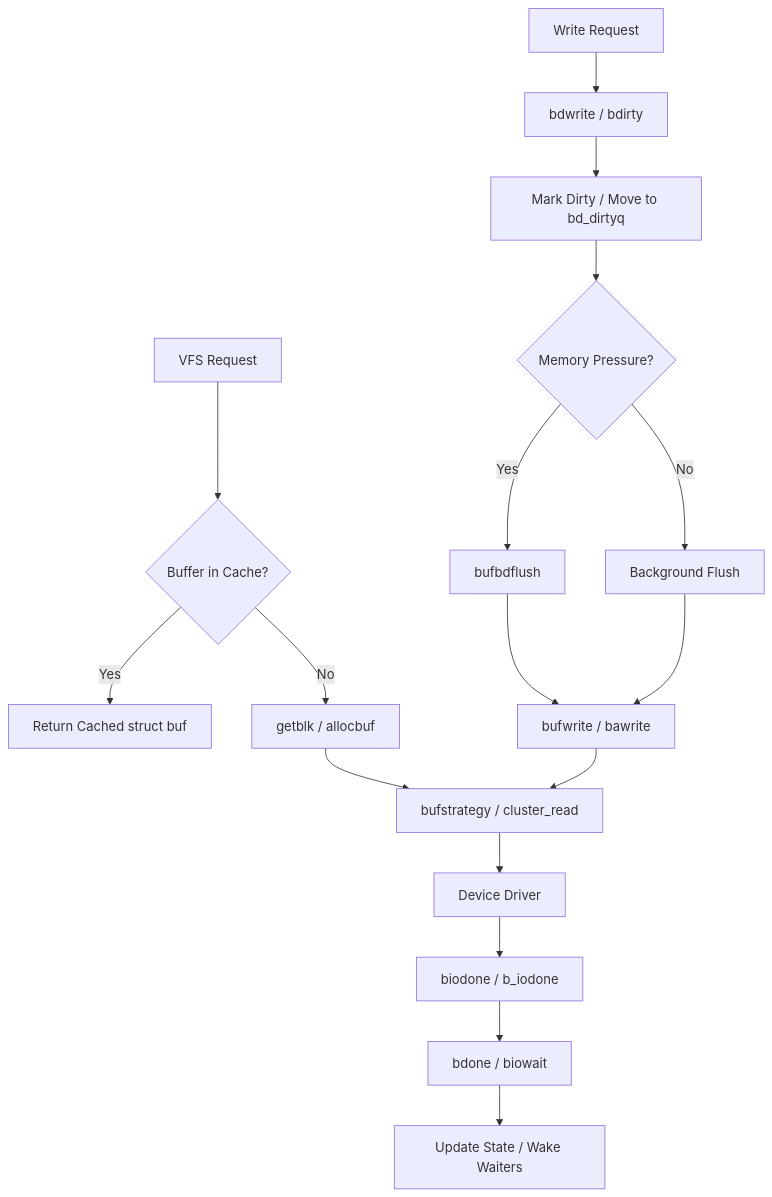
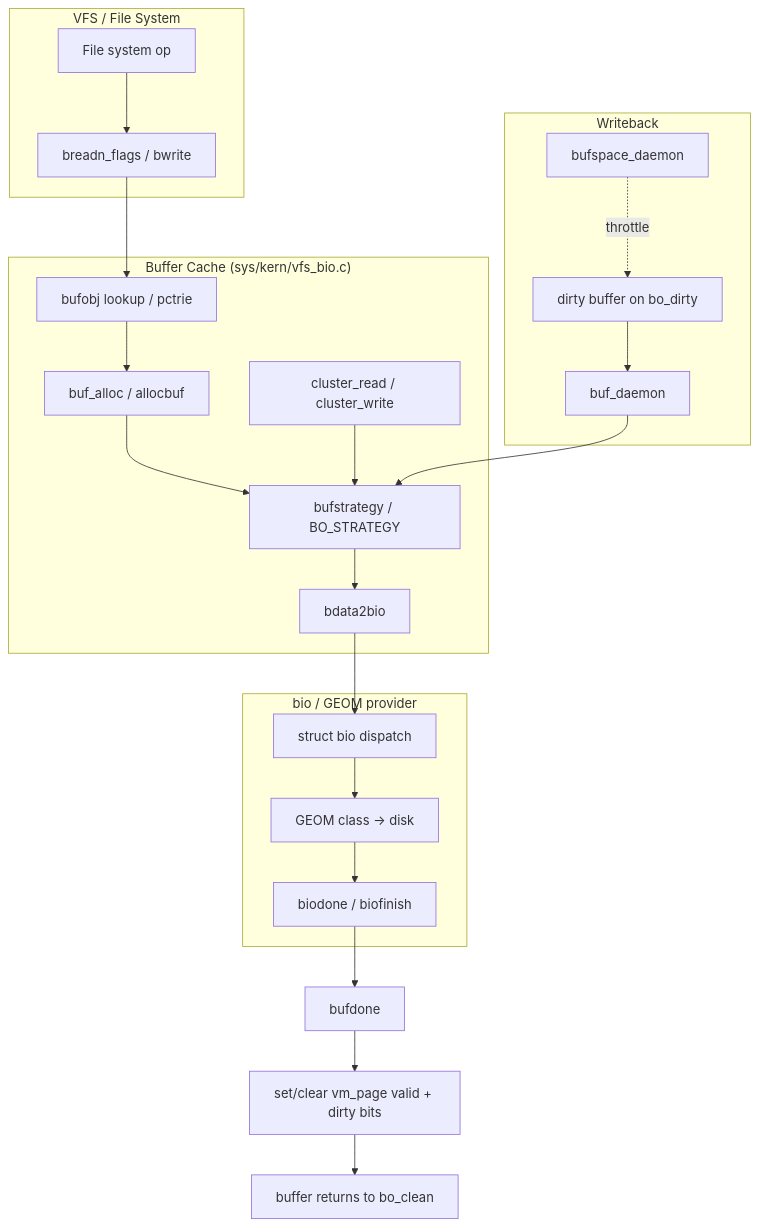
The diagram in sys/vm/README_bcache.md (ocochard/freebsd-src), drawn with Mermaid before and after one commit. The commit also changed other lines of this file and 40 other files, not shown here.

````diff
--- a/sys/vm/README_bcache.md
+++ b/sys/vm/README_bcache.md
@@ -105,20 +263,26 @@
 ```mermaid
 flowchart TD
-    A[VFS Request] --> B{Buffer in Cache?}
-    B -->|Yes| C[Return Cached struct buf]
-    B -->|No| D[getblk / allocbuf]
-    D --> E[bufstrategy / cluster_read]
-    E --> F[Device Driver]
-    F --> G[biodone / b_iodone]
-    G --> H[bdone / biowait]
-    H --> I[Update State / Wake Waiters]
-
-    J[Write Request] --> K[bdwrite / bdirty]
-    K --> L[Mark Dirty / Move to bd_dirtyq]
-    L --> M{Memory Pressure?}
-    M -->|Yes| N[bufbdflush]
-    M -->|No| O[Background Flush]
-    N --> P[bufwrite / bawrite]
-    P --> E
-    O --> P
+  subgraph VFSGroup ["VFS / File System"]
+    FS[File system op] --> BR[breadn_flags / bwrite]
+  end
+  subgraph BCG ["Buffer Cache (sys/kern/vfs_bio.c)"]
+    BR --> BO[bufobj lookup / pctrie]
+    BO --> BA[buf_alloc / allocbuf]
+    BA --> ST[bufstrategy / BO_STRATEGY]
+    ST --> BD[bdata2bio]
+    CL[cluster_read / cluster_write] --> ST
+  end
+  subgraph BIOG ["bio / GEOM provider"]
+    BD --> BIO[struct bio dispatch]
+    BIO --> GD[GEOM class -> disk]
+    GD --> BFD[biodone / biofinish]
+  end
+  BFD --> BDONE[bufdone]
+  BDONE --> VM[set/clear vm_page valid + dirty bits]
+  subgraph WBG ["Writeback"]
+    DIRTY[dirty buffer on bo_dirty] --> DAEMON[buf_daemon]
+    DAEMON --> ST
+    BSPACE[bufspace_daemon] -. throttle .-> DIRTY
+  end
+  VM --> CLEAN[buffer returns to bo_clean]
 ```
````
